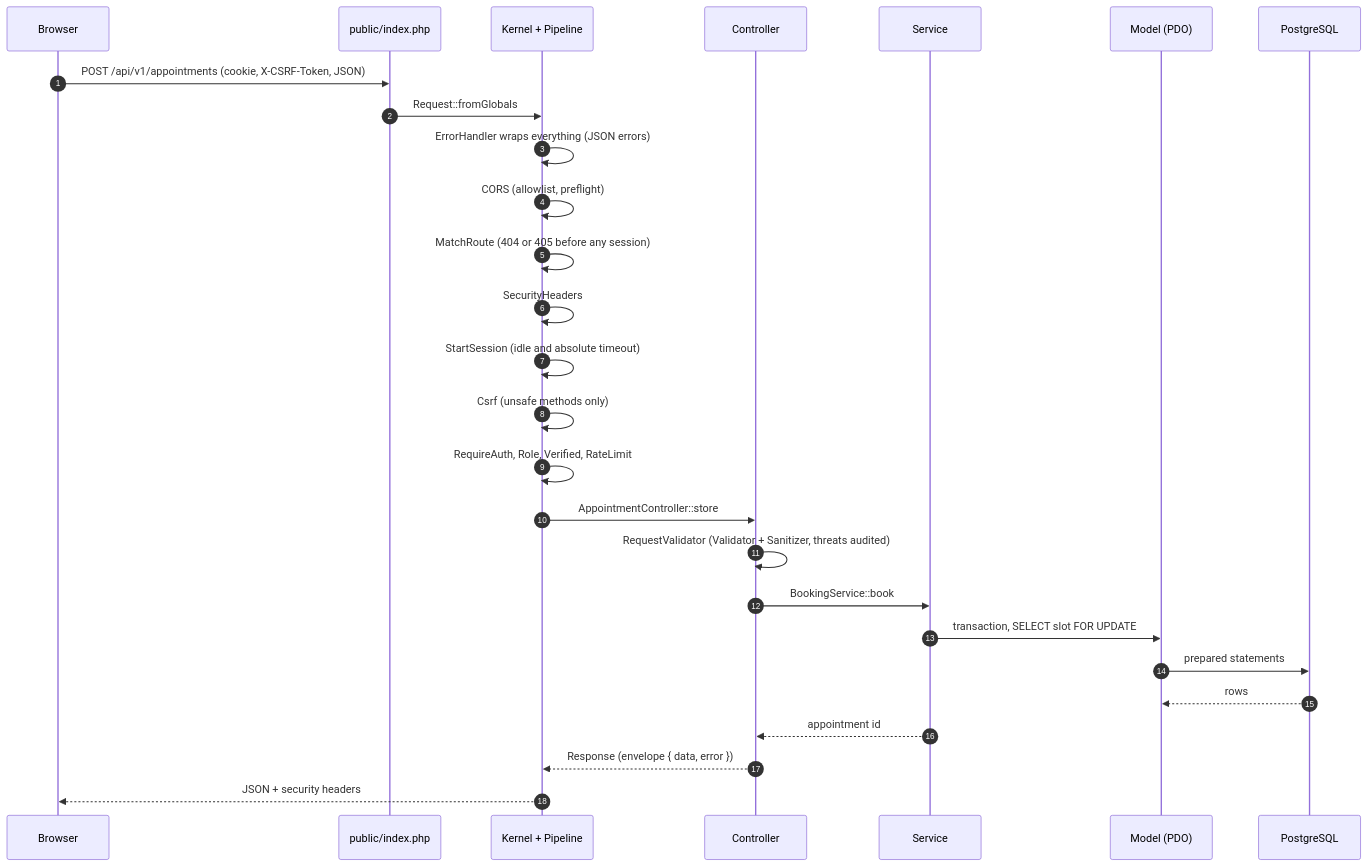
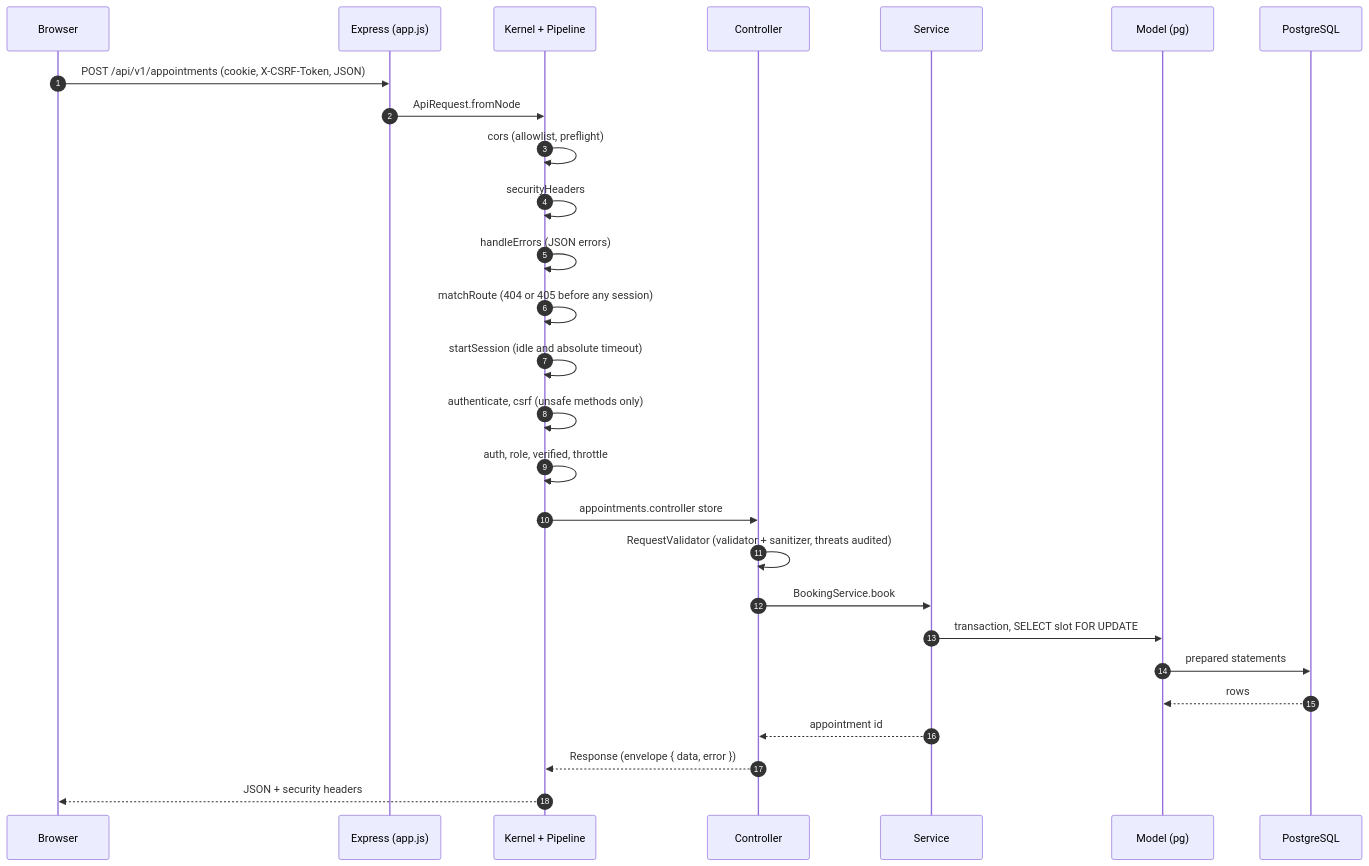
The second of 4 diagrams in docs/ARCHITECTURE.md (OMEExZORO/wt_cp), drawn with Mermaid before and after one commit. The commit also changed other lines of this file and 24 other files, not shown here.

Commit message:
docs: describe the Node API as production, tidy documentation and remove hardcoded dev passwords

````diff
--- a/docs/ARCHITECTURE.md
+++ b/docs/ARCHITECTURE.md
@@ -63,30 +71,30 @@
 ```mermaid
 sequenceDiagram
     autonumber
     participant B as Browser
-    participant P as public/index.php
+    participant P as Express (app.js)
     participant K as Kernel + Pipeline
     participant C as Controller
     participant S as Service
-    participant M as Model (PDO)
+    participant M as Model (pg)
     participant D as PostgreSQL
 
     B->>P: POST /api/v1/appointments (cookie, X-CSRF-Token, JSON)
-    P->>K: Request::fromGlobals
-    K->>K: ErrorHandler wraps everything (JSON errors)
-    K->>K: CORS (allowlist, preflight)
-    K->>K: MatchRoute (404 or 405 before any session)
-    K->>K: SecurityHeaders
-    K->>K: StartSession (idle and absolute timeout)
-    K->>K: Csrf (unsafe methods only)
-    K->>K: RequireAuth, Role, Verified, RateLimit
-    K->>C: AppointmentController::store
-    C->>C: RequestValidator (Validator + Sanitizer, threats audited)
-    C->>S: BookingService::book
+    P->>K: ApiRequest.fromNode
+    K->>K: cors (allowlist, preflight)
+    K->>K: securityHeaders
+    K->>K: handleErrors (JSON errors)
+    K->>K: matchRoute (404 or 405 before any session)
+    K->>K: startSession (idle and absolute timeout)
+    K->>K: authenticate, csrf (unsafe methods only)
+    K->>K: auth, role, verified, throttle
+    K->>C: appointments.controller store
+    C->>C: RequestValidator (validator + sanitizer, threats audited)
+    C->>S: BookingService.book
     S->>M: transaction, SELECT slot FOR UPDATE
     M->>D: prepared statements
     D-->>M: rows
     S-->>C: appointment id
     C-->>K: Response (envelope { data, error })
     K-->>B: JSON + security headers
 ```
````
